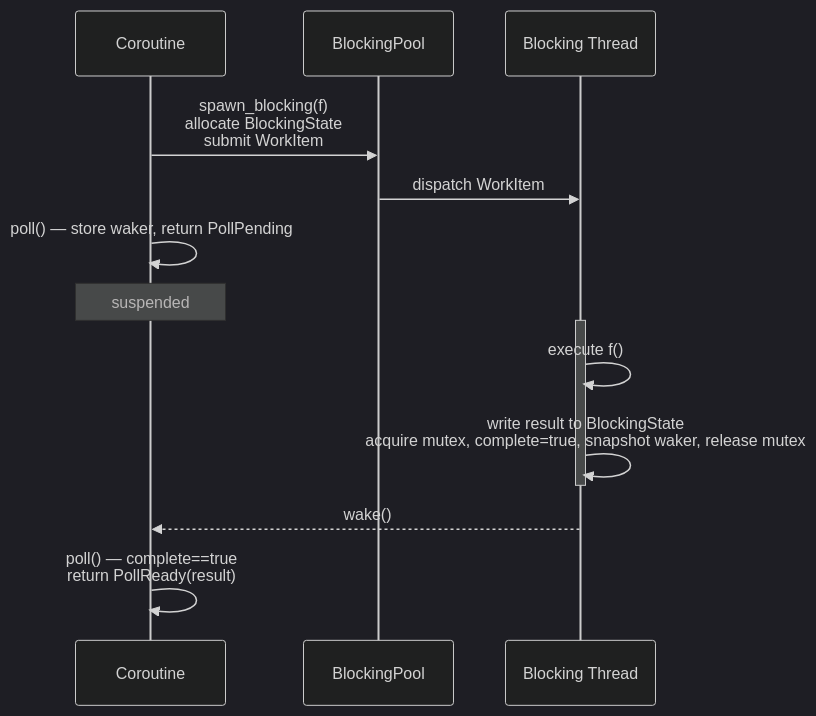
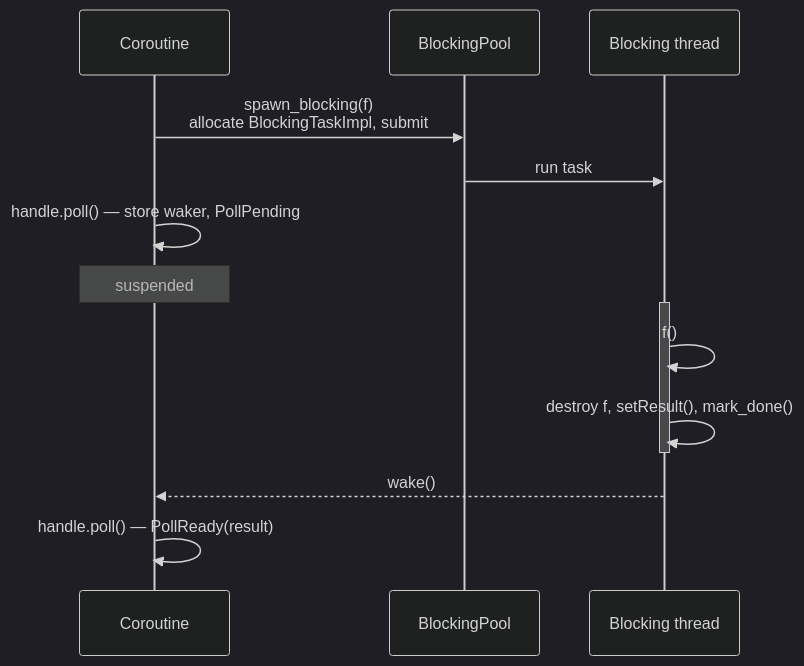
One commit to bts164/coro changed the third of 4 diagrams in doc/design/spawn_blocking.md. Above: the diagram before and after it, drawn with Mermaid (dark theme). The commit also changed other lines of this file and 115 other files, not shown here.

````diff
--- a/doc/design/spawn_blocking.md
+++ b/doc/design/spawn_blocking.md
@@ -245,19 +452,19 @@
 ```mermaid
 sequenceDiagram
     participant C as Coroutine
     participant P as BlockingPool
-    participant T as Blocking Thread
+    participant T as Blocking thread
 
-    C->>P: spawn_blocking(f)<br/>allocate BlockingState<br/>submit WorkItem
-    P->>T: dispatch WorkItem
-    C->>C: poll() — store waker, return PollPending
+    C->>P: spawn_blocking(f)<br/>allocate BlockingTaskImpl, submit
+    P->>T: run task
+    C->>C: handle.poll() — store waker, PollPending
     Note over C: suspended
 
     activate T
-    T->>T: execute f()
-    T->>T: write result to BlockingState<br/>acquire mutex, complete=true, snapshot waker, release mutex
+    T->>T: f()
+    T->>T: destroy f, setResult(), mark_done()
     deactivate T
     T-->>C: wake()
 
-    C->>C: poll() — complete==true<br/>return PollReady(result)
+    C->>C: handle.poll() — PollReady(result)
 ```
````
